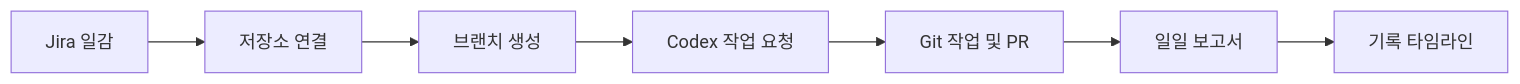
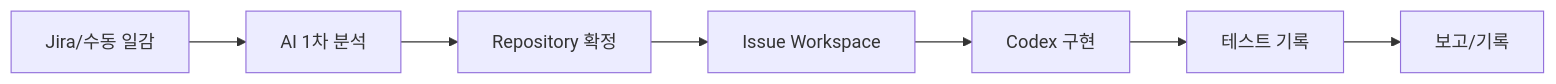
One commit to MIMminE/devpilot changed the first of 2 diagrams in README.md. Above: the diagram before and after it, drawn with Mermaid. The commit also changed other lines of this file and 11 other files, not shown here.

First line of the commit message:
DevPilot 일감 워크플로우와 외부 연동 안정성 개선

````diff
--- a/README.md
+++ b/README.md
@@ -40,9 +42,9 @@
 ```mermaid
 flowchart LR
-    A["Jira 일감"] --> B["저장소 연결"]
-    B --> C["브랜치 생성"]
-    C --> D["Codex 작업 요청"]
-    D --> E["Git 작업 및 PR"]
-    E --> F["일일 보고서"]
-    F --> G["기록 타임라인"]
+    A["Jira/수동 일감"] --> B["AI 1차 분석"]
+    B --> C["Repository 확정"]
+    C --> D["Issue Workspace"]
+    D --> E["Codex 구현"]
+    E --> F["테스트 기록"]
+    F --> G["보고/기록"]
 ```
````
